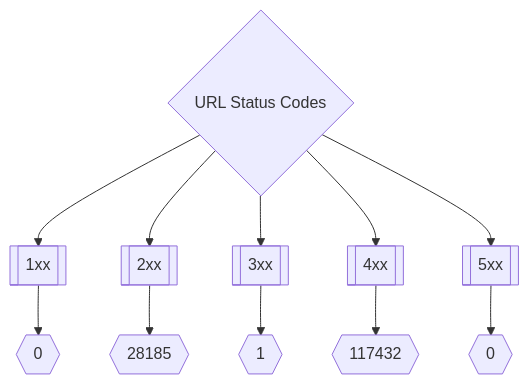
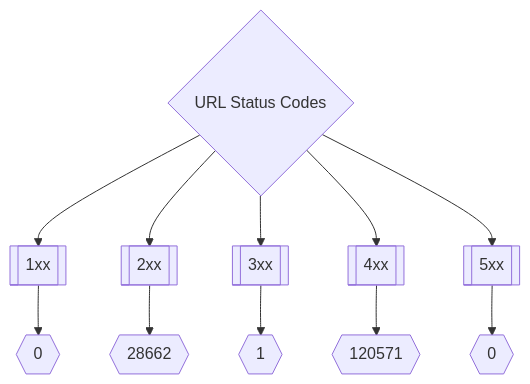
Before and after one commit to trickest/inventory: the second of 3 diagrams in README.md, drawn with Mermaid. The commit also changed other lines of this file, not shown here.

Commit message:
Update Sun Mar 13 19:40:15 UTC 2022

````diff
--- a/README.md
+++ b/README.md
@@ -173,8 +173,8 @@
 ```mermaid
 graph TD
 title{URL Status Codes} --> 1xx[[1xx]] --> status1xxNum{{0}}
-title --> 2xx[[2xx]] --> status2xxNum{{28185}}
+title --> 2xx[[2xx]] --> status2xxNum{{28662}}
 title --> 3xx[[3xx]] --> status3xxNum{{1}}
-title --> 4xx[[4xx]] --> status4xxNum{{117432}}
+title --> 4xx[[4xx]] --> status4xxNum{{120571}}
 title --> 5xx[[5xx]] --> status5xxNum{{0}}
 ```
````
